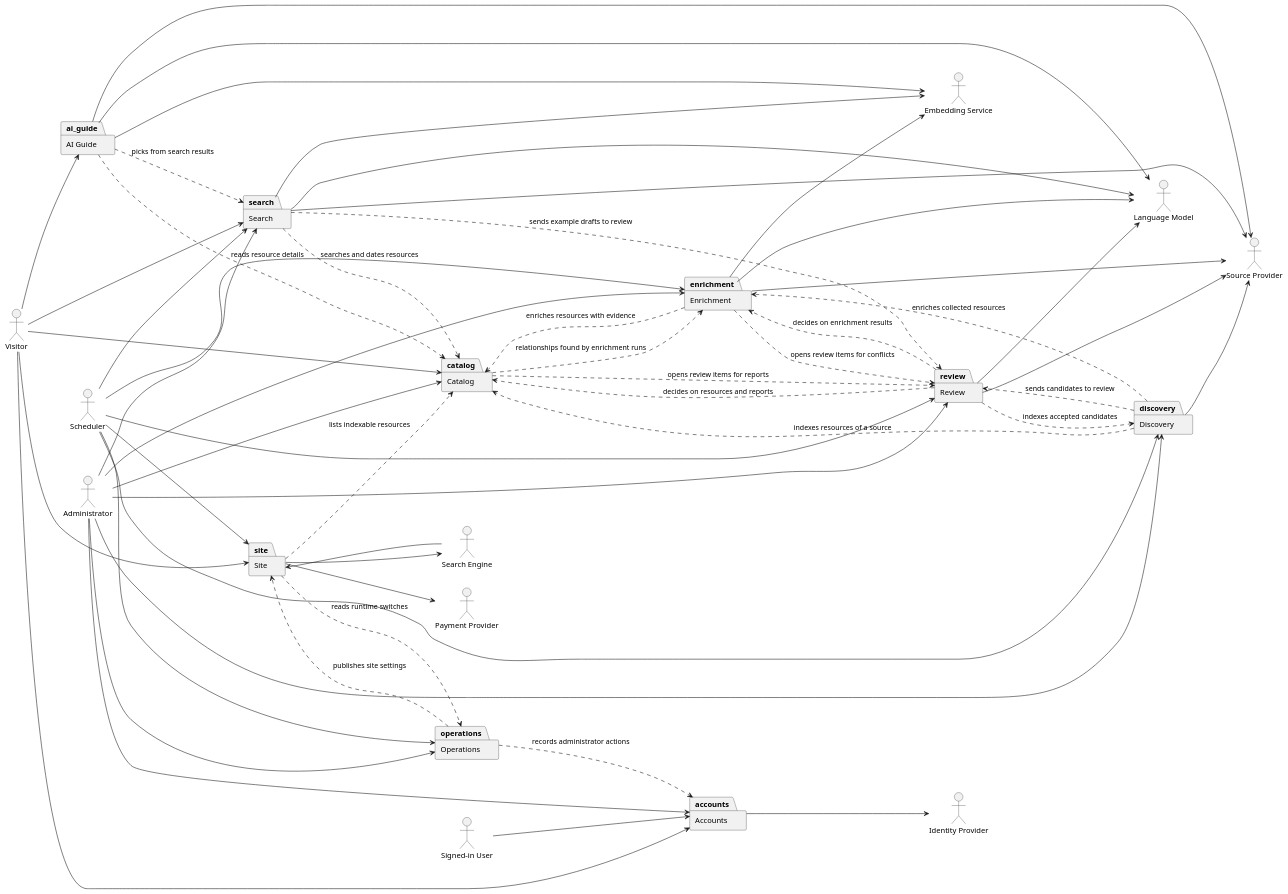
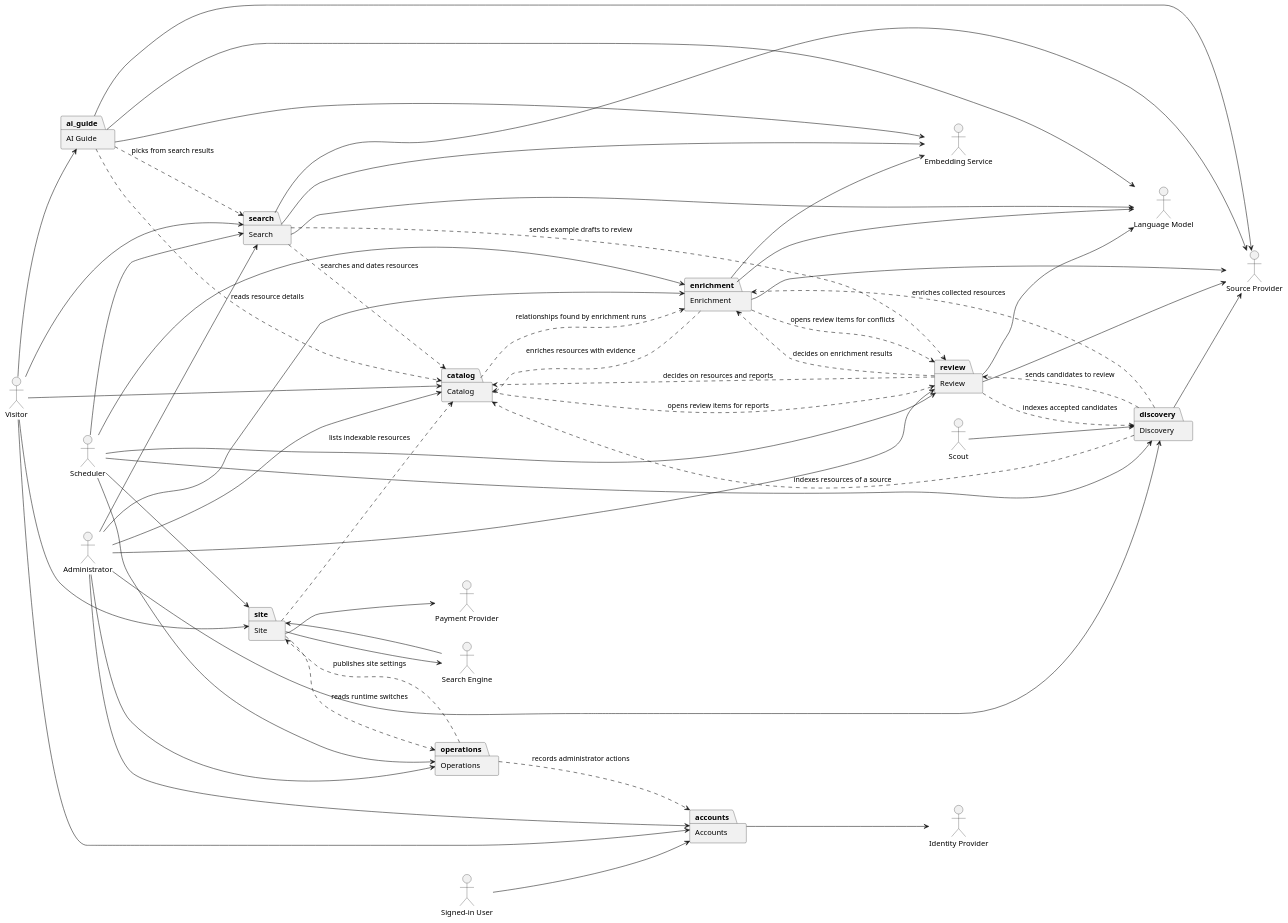
One commit to silvioincalza/helper2.ai changed the diagram in docs/use_cases.puml. Above: the diagram before and after it, drawn with PlantUML. The commit also changed 59 other files, not shown here.

```diff
--- a/docs/use_cases.puml
+++ b/docs/use_cases.puml
@@ -1,81 +1,83 @@
 @startuml Modules
 left to right direction
 
 actor "Visitor" as visitor
 actor "Signed-in User" as user
 actor "Administrator" as admin
 actor "Scheduler" as scheduler
+actor "Scout" as scout
 actor "Search Engine" as search_engine
 actor "Language Model" as llm
 actor "Embedding Service" as embedder
 actor "Source Provider" as source_provider
 actor "Identity Provider" as idp
 actor "Payment Provider" as payment
 
 package "Search" as search
 package "AI Guide" as ai_guide
 package "Catalog" as catalog
 package "Accounts" as accounts
 package "Site" as site
 package "Discovery" as discovery
 package "Enrichment" as enrichment
 package "Review" as review
 package "Operations" as operations
 
 visitor --> search
 visitor --> ai_guide
 visitor --> catalog
 visitor --> accounts
 visitor --> site
 user --> accounts
 admin --> search
 admin --> catalog
 admin --> accounts
 admin --> discovery
 admin --> enrichment
 admin --> review
 admin --> operations
 scheduler --> search
 scheduler --> site
 scheduler --> discovery
+scout --> discovery
 scheduler --> enrichment
 scheduler --> review
 scheduler --> operations
 search_engine --> site
 
 search --> llm
 search --> embedder
 search --> source_provider
 ai_guide --> llm
 ai_guide --> embedder
 ai_guide --> source_provider
 accounts --> idp
 site --> payment
 site --> search_engine
 discovery --> source_provider
 enrichment --> llm
 enrichment --> embedder
 enrichment --> source_provider
 review --> llm
 review --> source_provider
 
 search ..> catalog : "searches and dates resources"
 search ..> review : "sends example drafts to review"
 ai_guide ..> search : "picks from search results"
 ai_guide ..> catalog : "reads resource details"
 catalog ..> enrichment : "relationships found by enrichment runs"
 catalog ..> review : "opens review items for reports"
 site ..> catalog : "lists indexable resources"
 site ..> operations : "reads runtime switches"
 discovery ..> catalog : "indexes resources of a source"
 discovery ..> enrichment : "enriches collected resources"
 discovery ..> review : "sends candidates to review"
 enrichment ..> catalog : "enriches resources with evidence"
 enrichment ..> review : "opens review items for conflicts"
 review ..> catalog : "decides on resources and reports"
 review ..> enrichment : "decides on enrichment results"
 review ..> discovery : "indexes accepted candidates"
 operations ..> accounts : "records administrator actions"
 operations ..> site : "publishes site settings"
 
 @enduml
```
